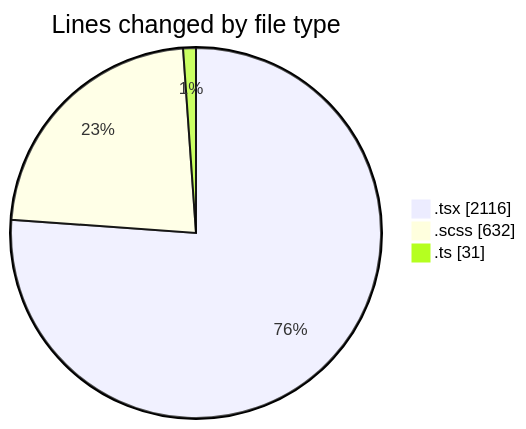
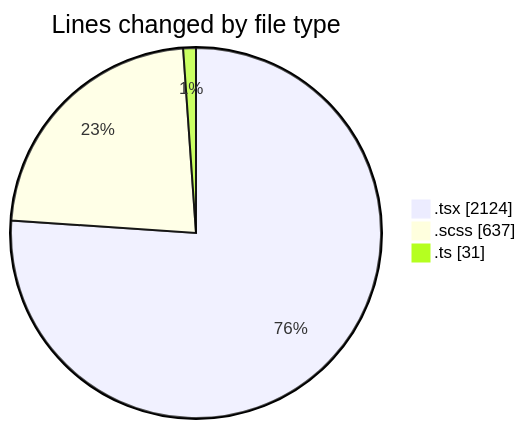
The first of 2 diagrams in 2025-04-07/cda/README.md (momahboobian/code-tracking), drawn with Mermaid before and after one commit. The commit also changed other lines of this file and 1 other file, not shown here.

````diff
--- a/2025-04-07/cda/README.md
+++ b/2025-04-07/cda/README.md
@@ -30,7 +30,7 @@
 ```mermaid
 pie showData
 title Lines changed by file type
-".tsx" : 2116
-".scss" : 632
+".tsx" : 2124
+".scss" : 637
 ".ts" : 31
 ```
````
